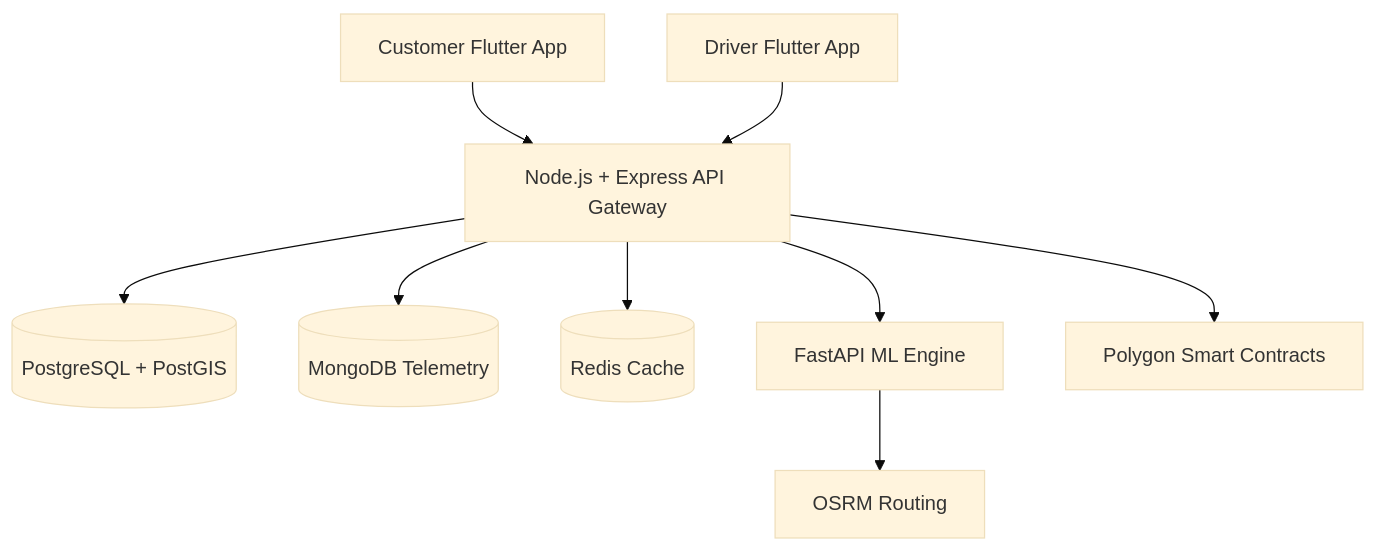
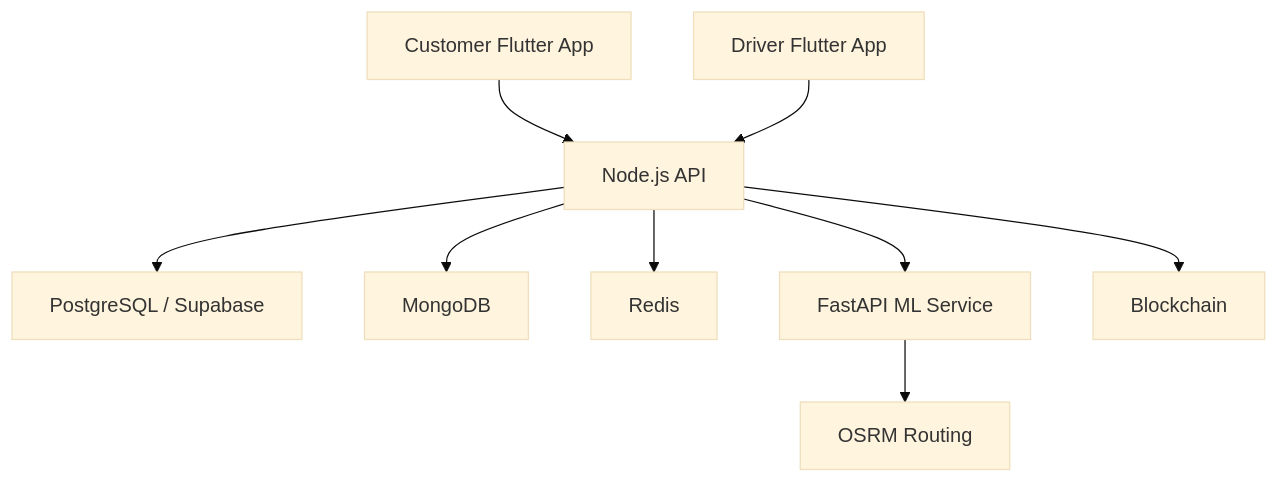
Before and after one commit to KanishJebaMathewM/Truxify: the diagram in README.md, drawn with Mermaid (base theme). The commit also changed other lines of this file, not shown here.

````diff
--- a/README.md
+++ b/README.md
@@ -96,24 +61,11 @@
 ```mermaid
 graph TD
-    Customer[Customer Flutter App]
-    Driver[Driver Flutter App]
-
-    API[Node.js + Express API Gateway]
-
-    Supabase[(PostgreSQL + PostGIS)]
-    Mongo[(MongoDB Telemetry)]
-    Redis[(Redis Cache)]
-    ML[FastAPI ML Engine]
-    Blockchain[Polygon Smart Contracts]
-    OSRM[OSRM Routing]
-
-    Customer --> API
-    Driver --> API
-
-    API --> Supabase
-    API --> Mongo
-    API --> Redis
-    API --> ML
-    API --> Blockchain
-    ML --> OSRM
+    A[Customer Flutter App] --> C[Node.js API]
+    B[Driver Flutter App] --> C
+    C --> D[PostgreSQL / Supabase]
+    C --> E[MongoDB]
+    C --> F[Redis]
+    C --> G[FastAPI ML Service]
+    C --> H[Blockchain]
+    G --> I[OSRM Routing]
 ```
````
